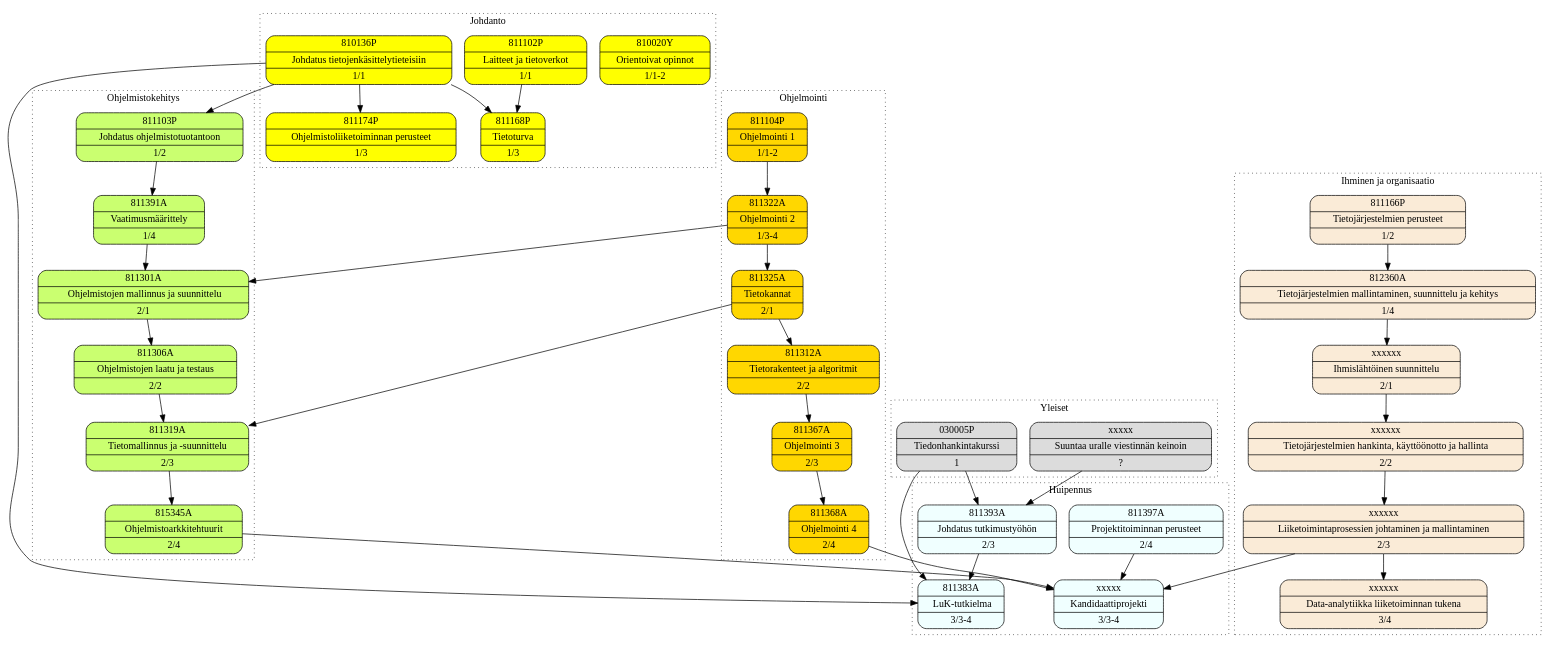
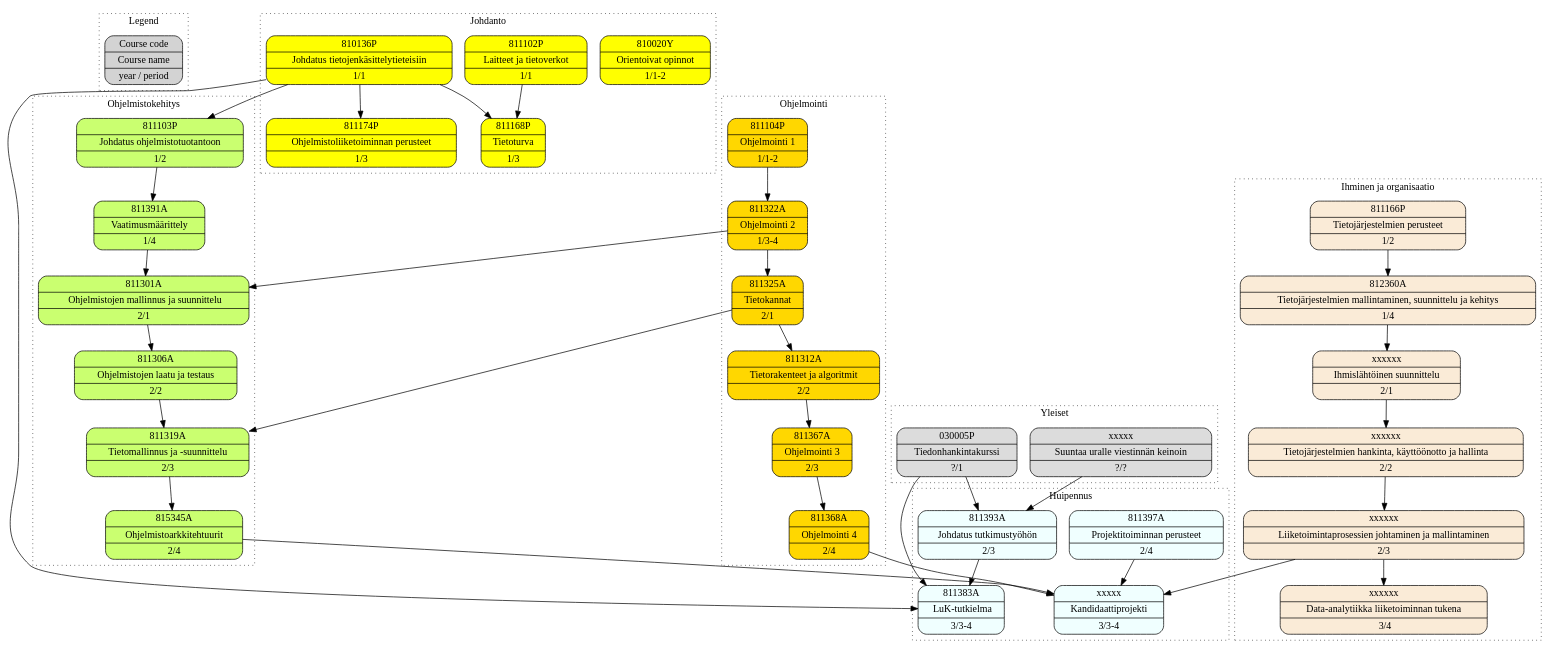
Before and after one commit to anttijuu/tol-courses-graph: the diagram in LuK-courses.dot, drawn with Graphviz. The commit also changed 1 other file, not shown here.

Commit message:
Added legend back. Some fiddling with details.

```diff
--- a/LuK-courses.dot
+++ b/LuK-courses.dot
@@ -1,104 +1,110 @@
 digraph TOLLuK {
    node [shape=record, style="rounded,filled"]
    
+   subgraph cluster_Legend {
+      graph[style=dotted]
+      label="Legend"
+      legend [label="{ Course code | Course name | year / period }"]
+   } 
+
    subgraph cluster_Yleiset {
       graph[style=dotted]
       label="Yleiset"
       node [fillcolor=gainsboro]
-      c030005P [label="{ 030005P | Tiedonhankintakurssi | 1 }"]
-      c0006 [label="{ xxxxx | Suuntaa uralle viestinnän keinoin | ? }"]
+      c030005P [label="{ 030005P | Tiedonhankintakurssi | ?/1 }"]
+      c0006 [label="{ xxxxx | Suuntaa uralle viestinnän keinoin | ?/? }"]
    }
    
    subgraph cluster_Johdanto {
       graph[style=dotted]
       label="Johdanto"
       node [fillcolor=yellow]
       c810020Y [label="{ 810020Y | Orientoivat opinnot | 1/1-2 }"]
       c810136P [label="{ 810136P | Johdatus tietojenkäsittelytieteisiin | 1/1 }"]
       c811168P [label="{ 811168P | Tietoturva | 1/3 }"]
       c811174P [label="{ 811174P | Ohjelmistoliiketoiminnan perusteet | 1/3 }"]
       c811102P [label="{ 811102P | Laitteet ja tietoverkot | 1/1 }"]
 
       c810136P -> c811168P
       c811102P -> c811168P
       c810136P -> c811174P
    }
    
    subgraph cluster_Ohjelmointi {
       graph[style=dotted]
       label="Ohjelmointi"
       node [fillcolor=gold1]
       c811104P [label="{ 811104P | Ohjelmointi 1 | 1/1-2 }"]
       c811322A [label="{ 811322A | Ohjelmointi 2 | 1/3-4 }"]
       c811325A [label="{ 811325A | Tietokannat | 2/1 }"]
       c811312A [label="{ 811312A | Tietorakenteet ja algoritmit | 2/2 }"]
       c811367A [label="{ 811367A | Ohjelmointi 3 | 2/3 }"]
       c811368A [label="{ 811368A | Ohjelmointi 4 | 2/4 }"]
       
       c811104P -> c811322A
       c811312A -> c811367A
       c811367A -> c811368A
       c811325A -> c811312A
       c811322A -> c811325A
    }
    
    subgraph cluster_Ohjelmistokehitys {
       graph[style=dotted]
       label="Ohjelmistokehitys"
       node [fillcolor=darkolivegreen1]
       c811103P [label="{ 811103P | Johdatus ohjelmistotuotantoon | 1/2 }"]
       c811391A [label="{ 811391A | Vaatimusmäärittely | 1/4 }"]
       c811301A [label="{ 811301A | Ohjelmistojen mallinnus ja suunnittelu | 2/1 }"]
       c811306A [label="{ 811306A | Ohjelmistojen laatu ja testaus | 2/2 }"]
       c811319A [label="{ 811319A | Tietomallinnus ja -suunnittelu | 2/3 }"]
       c815345A [label="{ 815345A | Ohjelmistoarkkitehtuurit | 2/4 }"]
       
       c810136P -> c811103P
       c811103P -> c811391A
       c811391A -> c811301A
       c811322A -> c811301A
       c811301A -> c811306A
       c811306A -> c811319A
       c811325A -> c811319A
       c811319A -> c815345A
    }
    
    subgraph cluster_IhminenOrganisaatio {
       graph[style=dotted]
       label="Ihminen ja organisaatio"
       node [fillcolor=antiquewhite]
       c811166P [label="{ 811166P | Tietojärjestelmien perusteet | 1/2 }"]
       c812360A [label="{ 812360A | Tietojärjestelmien mallintaminen, suunnittelu ja kehitys | 1/4 }"]
       c0001 [label="{ xxxxxx | Ihmislähtöinen suunnittelu | 2/1 }"]
       c0002 [label="{ xxxxxx | Tietojärjestelmien hankinta, käyttöönotto ja hallinta | 2/2 }"]
       c0003 [label="{ xxxxxx | Liiketoimintaprosessien johtaminen ja mallintaminen | 2/3 }"]
       c0004 [label="{ xxxxxx | Data-analytiikka liiketoiminnan tukena | 3/4 }"]      
 
       c811166P -> c812360A
       c812360A -> c0001
       c0001 -> c0002
       c0002 -> c0003
       c0003 -> c0004
    }
    
    subgraph cluster_Huipennus {
       graph[style=dotted]
       label="Huipennus"
       node [fillcolor=azure]
       c811397A [label="{ 811397A | Projektitoiminnan perusteet | 2/4 }"]
       c0005 [label="{ xxxxx | Kandidaattiprojekti | 3/3-4 }"]
       c811393A [label="{ 811393A | Johdatus tutkimustyöhön | 2/3 }"]
       c811383A [label="{ 811383A | LuK-tutkielma | 3/3-4 }"]
    
       c030005P -> c811393A
       c0006 -> c811393A
       c811393A -> c811383A
       c030005P -> c811383A
       c810136P -> c811383A
       c811397A -> c0005
       c815345A -> c0005
       c811368A -> c0005
       c0003 -> c0005
    }
    
 }
```
